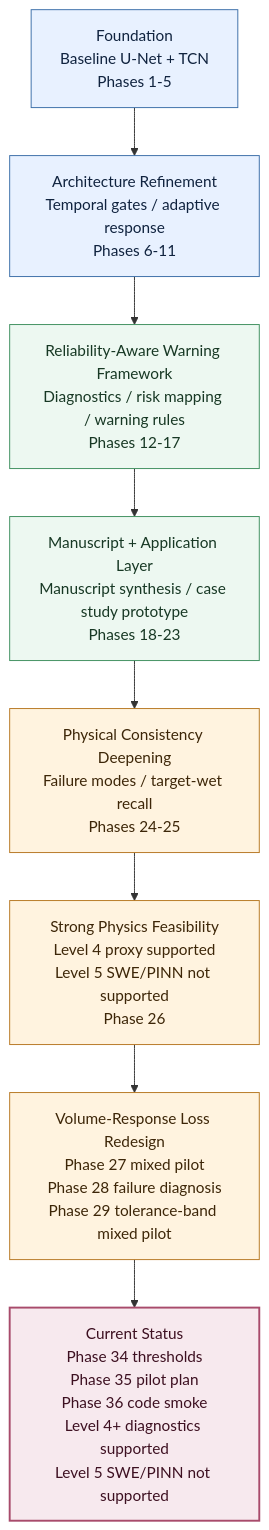
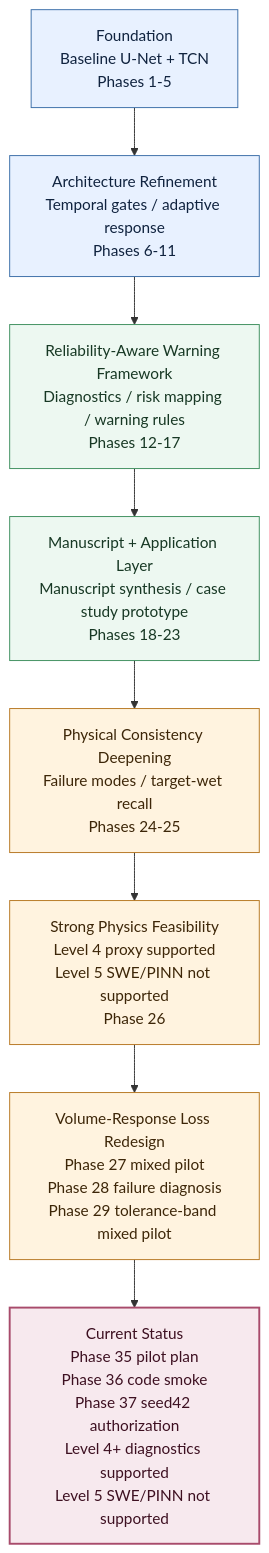
One commit to HolyLin990604/physics-guided-urban-flood-prediction changed the second of 3 diagrams in README.md. Above: the diagram before and after it, drawn with Mermaid. The commit also changed other lines of this file and 2 other files, not shown here.

Commit message:
docs: sync phase37 seed42 authorization status

````diff
--- a/README.md
+++ b/README.md
@@ -28,18 +28,18 @@
 ```mermaid
 flowchart TB
     A["Foundation<br/>Baseline U-Net + TCN<br/>Phases 1-5"]:::foundation
     B["Architecture Refinement<br/>Temporal gates / adaptive response<br/>Phases 6-11"]:::foundation
     C["Reliability-Aware Warning Framework<br/>Diagnostics / risk mapping / warning rules<br/>Phases 12-17"]:::reliability
     D["Manuscript + Application Layer<br/>Manuscript synthesis / case study prototype<br/>Phases 18-23"]:::reliability
     E["Physical Consistency Deepening<br/>Failure modes / target-wet recall<br/>Phases 24-25"]:::physics
     F["Strong Physics Feasibility<br/>Level 4 proxy supported<br/>Level 5 SWE/PINN not supported<br/>Phase 26"]:::physics
     G["Volume-Response Loss Redesign<br/>Phase 27 mixed pilot<br/>Phase 28 failure diagnosis<br/>Phase 29 tolerance-band mixed pilot"]:::physics
-    H["Current Status<br/>Phase 34 thresholds<br/>Phase 35 pilot plan<br/>Phase 36 code smoke<br/>Level 4+ diagnostics supported<br/>Level 5 SWE/PINN not supported"]:::current
+    H["Current Status<br/>Phase 35 pilot plan<br/>Phase 36 code smoke<br/>Phase 37 seed42 authorization<br/>Level 4+ diagnostics supported<br/>Level 5 SWE/PINN not supported"]:::current
 
     A --> B --> C --> D --> E --> F --> G --> H
 
     classDef foundation fill:#e8f1ff,stroke:#3b6ea8,stroke-width:1px,color:#10233f
     classDef reliability fill:#edf8f1,stroke:#3f8f5f,stroke-width:1px,color:#173824
     classDef physics fill:#fff3df,stroke:#b77722,stroke-width:1px,color:#3d2608
     classDef current fill:#f7e9ee,stroke:#a84b6b,stroke-width:2px,color:#3d1021
 ```
````
